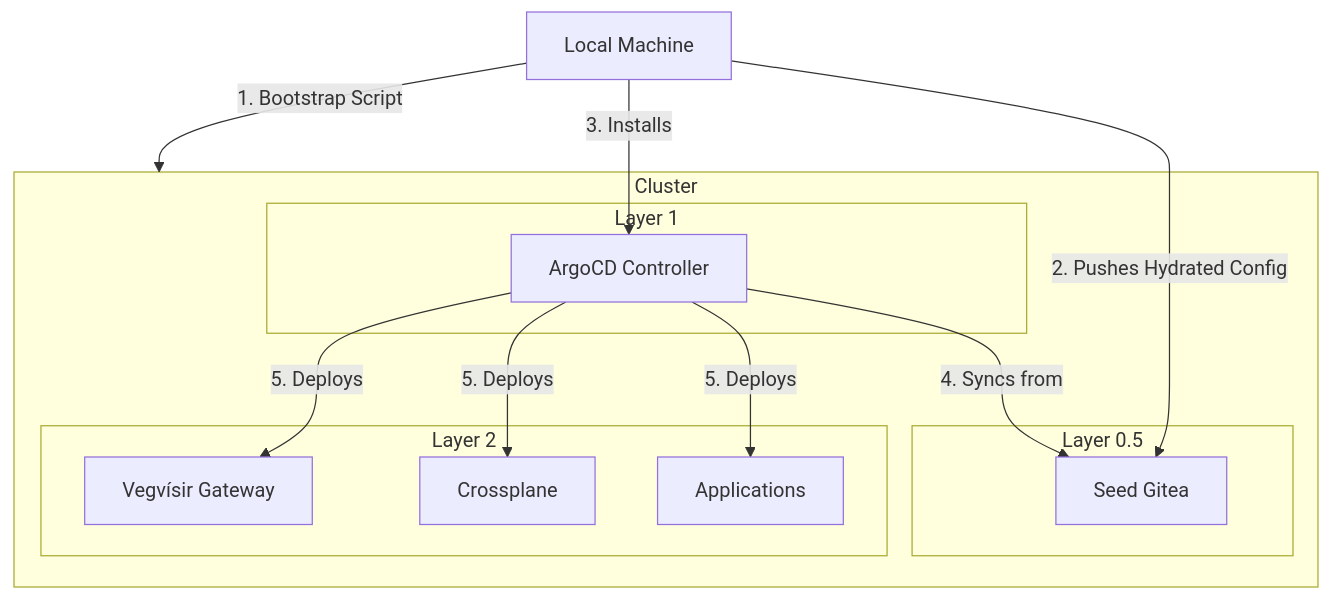
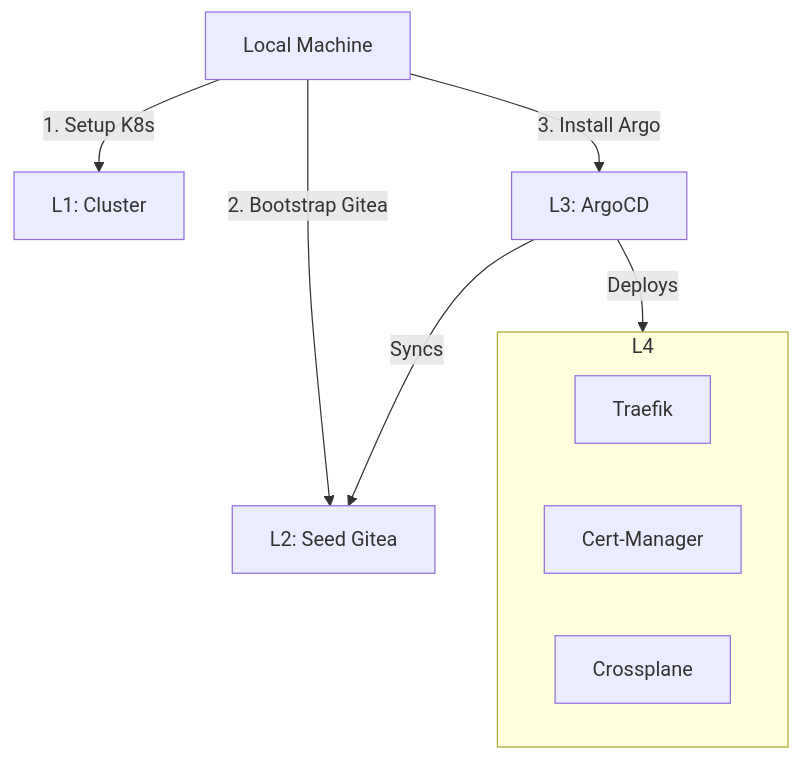
The first of 2 diagrams in docs/bootstrap.md (SiliconSaga/nordri), drawn with Mermaid before and after one commit. The commit also changed other lines of this file, not shown here.

Commit message:
Flesh out bootstrap more

````diff
--- a/docs/bootstrap.md
+++ b/docs/bootstrap.md
@@ -37,27 +52,16 @@
 ```mermaid
 graph TD
-    Local[Local Machine] -->|1. Bootstrap Script| Cluster[Kubernetes Cluster]
+    Local[Local Machine] -->|1. Setup K8s| L1[L1: Cluster]
+    Local -->|2. Bootstrap Gitea| L2[L2: Seed Gitea]
+    Local -->|3. Install Argo| L3[L3: ArgoCD]
     
-    subgraph Cluster
-        subgraph Layer 0.5
-            SeedGit[Seed Gitea]
-        end
-        
-        subgraph Layer 1
-            Argo[ArgoCD Controller]
-        end
-        
-        subgraph Layer 2
-            Traefik[Vegvísir Gateway]
-            Crossplane[Crossplane]
-            Apps[Applications]
-        end
+    L3 -->|Syncs| L2
+    
+    L3 -->|Deploys| L4[L4: Fundamentals]
+    
+    subgraph L4
+        Traefik
+        CertMgr[Cert-Manager]
+        Crossplane
     end
-
-    Local -->|2. Pushes Hydrated Config| SeedGit
-    Local -->|3. Installs| Argo
-    Argo -->|4. Syncs from| SeedGit
-    Argo -->|5. Deploys| Traefik
-    Argo -->|5. Deploys| Crossplane
-    Argo -->|5. Deploys| Apps
 ```
````
